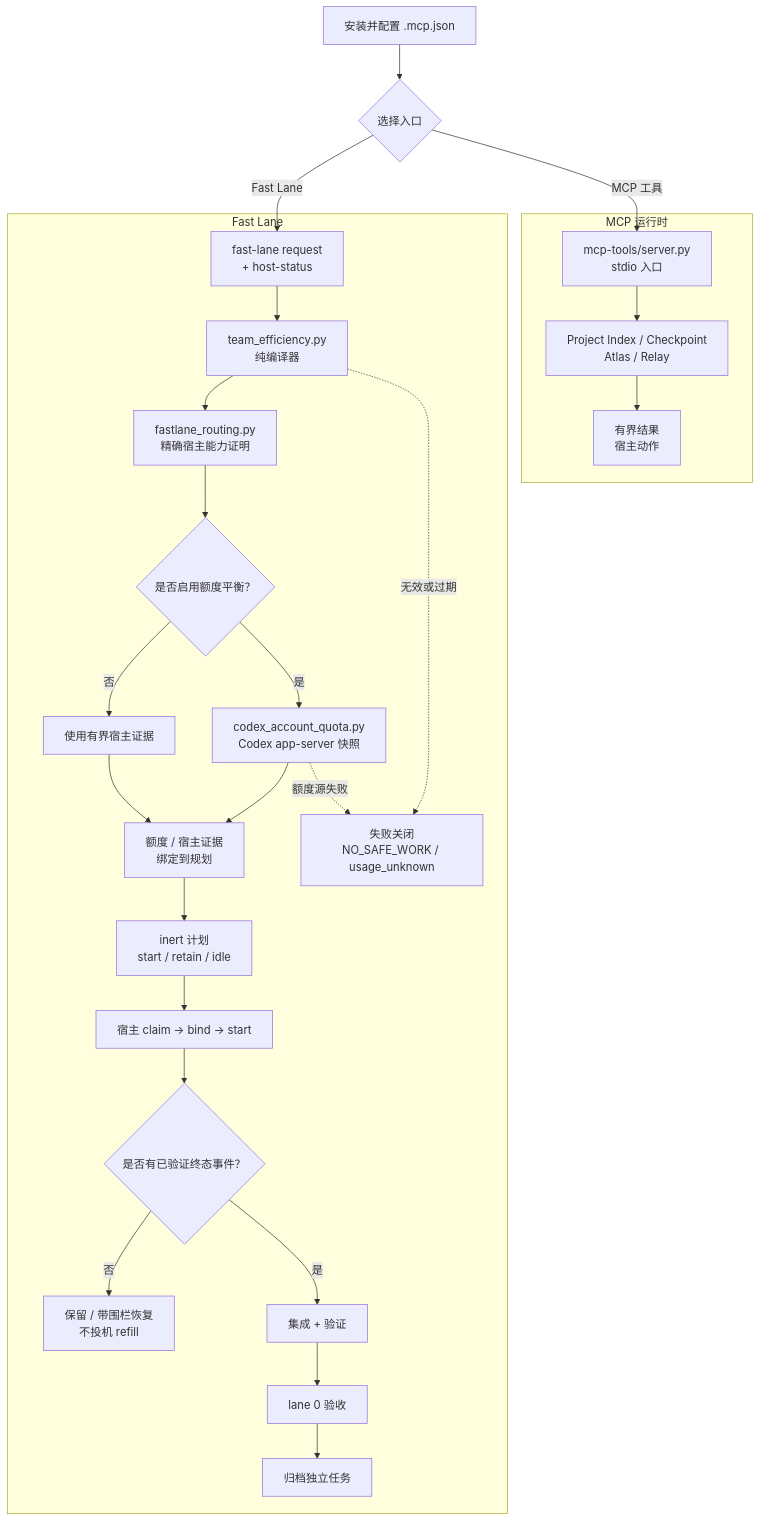
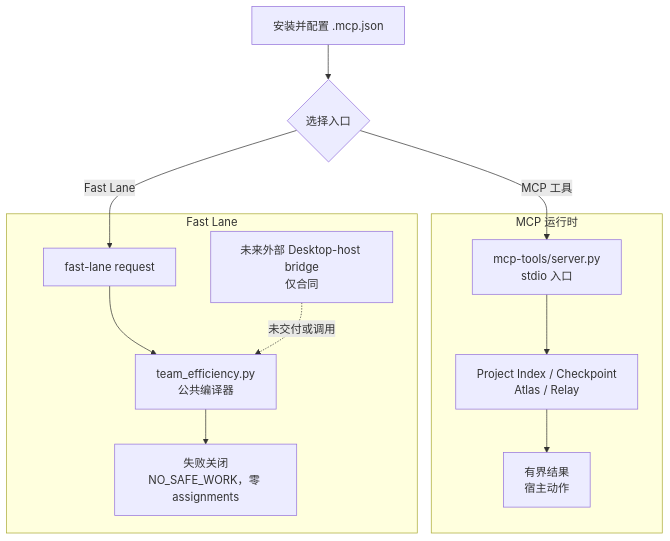
The diagram in README.zh-CN.md (2718labs/2718lab-devkit), drawn with Mermaid before and after one commit. The commit also changed other lines of this file and 1 other file, not shown here.

Commit message:
docs: clarify fastlane public boundary

````diff
--- a/README.zh-CN.md
+++ b/README.zh-CN.md
@@ -58,25 +59,14 @@
 ```mermaid
 flowchart TD
     A["安装并配置 .mcp.json"] --> B{"选择入口"}
     subgraph MCP["MCP 运行时"]
         C["mcp-tools/server.py<br/>stdio 入口"] --> D["Project Index / Checkpoint<br/>Atlas / Relay"] --> E["有界结果<br/>宿主动作"]
     end
     subgraph FAST["Fast Lane"]
-        F["fast-lane request<br/>+ host-status"] --> G["team_efficiency.py<br/>纯编译器"]
-        G --> H["fastlane_routing.py<br/>精确宿主能力证明"]
-        H --> I{"是否启用额度平衡？"}
-        I -->|是| J["codex_account_quota.py<br/>Codex app-server 快照"]
-        I -->|否| K["使用有界宿主证据"]
-        J --> L["额度 / 宿主证据<br/>绑定到规划"]
-        K --> L
-        L --> M["inert 计划<br/>start / retain / idle"]
-        M --> N["宿主 claim → bind → start"]
-        N --> O{"是否有已验证终态事件？"}
-        O -->|否| P["保留 / 带围栏恢复<br/>不投机 refill"]
-        O -->|是| Q["集成 + 验证"] --> R["lane 0 验收"] --> S["归档独立任务"]
-        G -. "无效或过期" .-> X["失败关闭<br/>NO_SAFE_WORK / usage_unknown"]
-        J -. "额度源失败" .-> X
+        F["fast-lane request"] --> G["team_efficiency.py<br/>公共编译器"]
+        G --> X["失败关闭<br/>NO_SAFE_WORK，零 assignments"]
+        H["未来外部 Desktop-host bridge<br/>仅合同"] -. "未交付或调用" .-> G
     end
     B -->|MCP 工具| C
     B -->|Fast Lane| F
 ```
````
